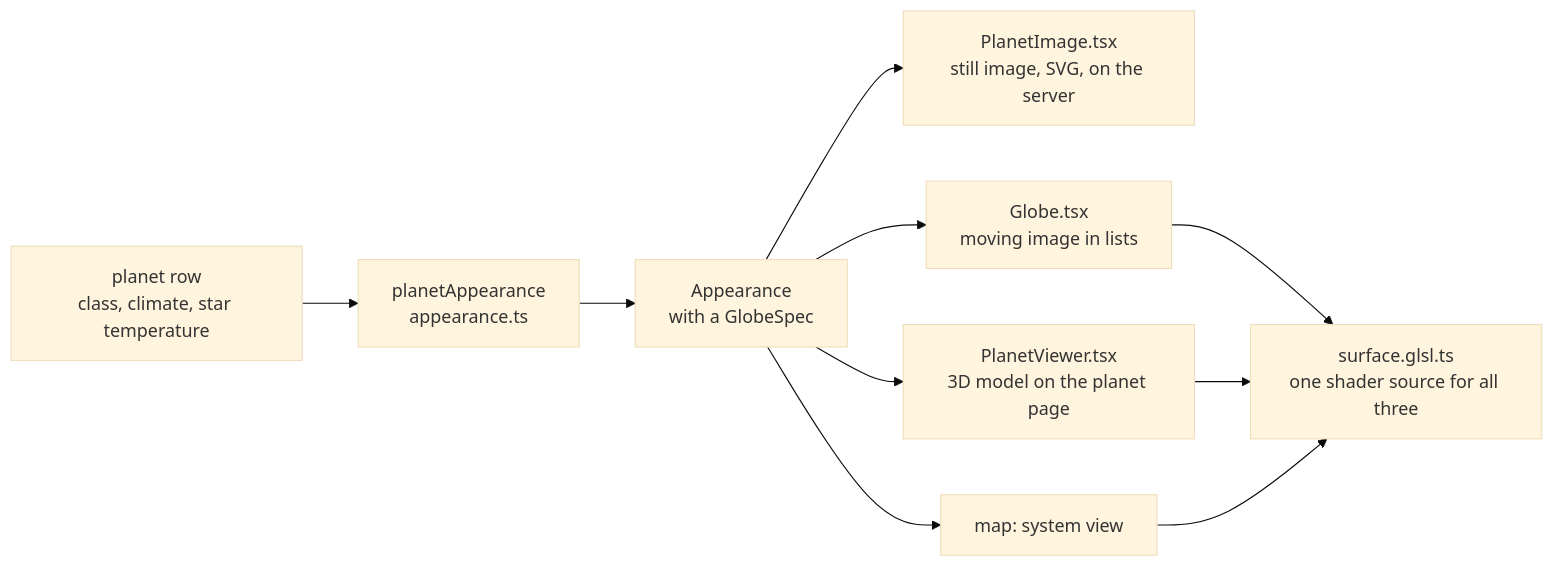
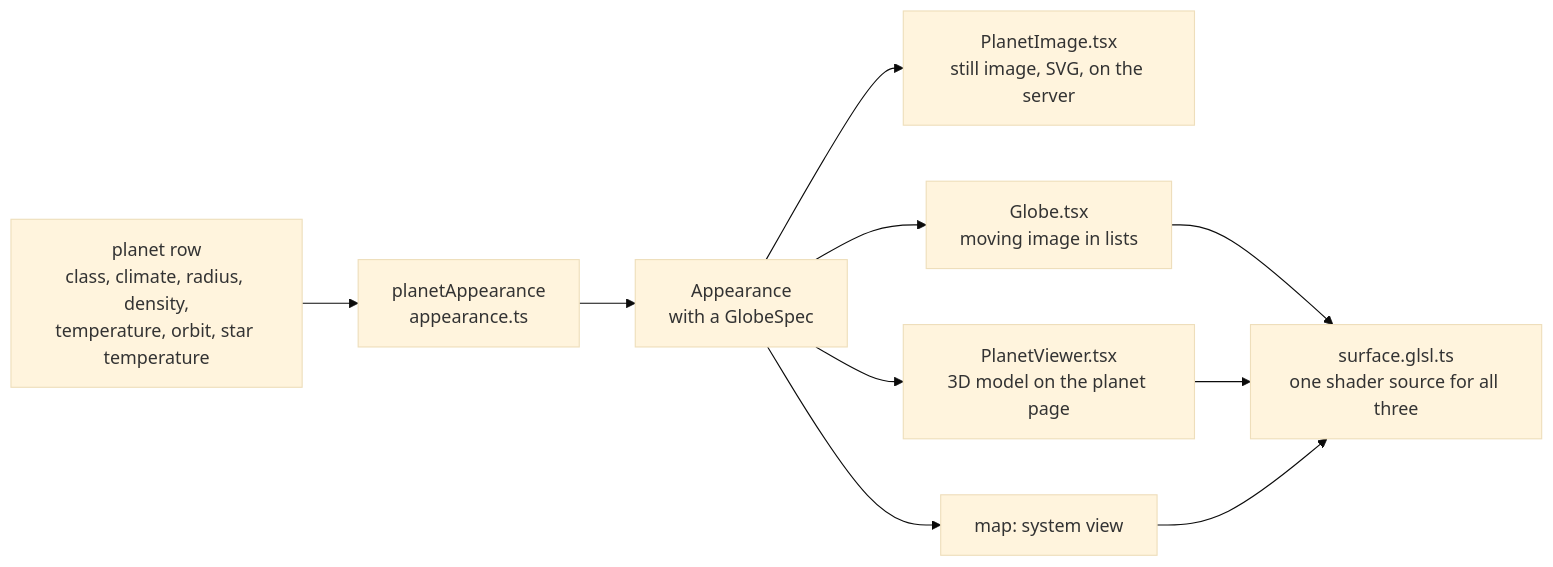
The ninth of 12 diagrams in docs/ARCHITECTURE.md (tomdevtech/ExoAtlas), drawn with Mermaid (base theme) before and after one commit. The commit also changed other lines of this file and 102 other files, not shown here.

````diff
--- a/docs/ARCHITECTURE.md
+++ b/docs/ARCHITECTURE.md
@@ -434,12 +438,12 @@
 ```mermaid
 flowchart LR
-    Row[planet row<br>class, climate, star temperature] --> A[planetAppearance<br>appearance.ts]
+    Row[planet row<br>class, climate, radius, density,<br>temperature, orbit, star temperature] --> A[planetAppearance<br>appearance.ts]
     A --> D[Appearance<br>with a GlobeSpec]
     D --> I[PlanetImage.tsx<br>still image, SVG, on the server]
     D --> G[Globe.tsx<br>moving image in lists]
     D --> V[PlanetViewer.tsx<br>3D model on the planet page]
     D --> S[map: system view]
     G --> Sh[surface.glsl.ts<br>one shader source for all three]
     V --> Sh
     S --> Sh
 ```
````
